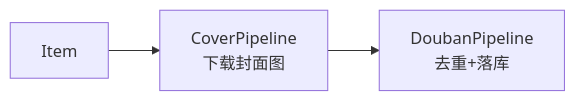
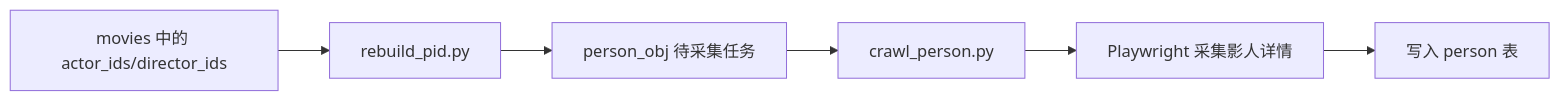
The second of 2 diagrams in documents/spiders_plan.md (yasin0324/douban-kg-system), drawn with Mermaid before and after one commit. The commit also changed other lines of this file and 15 other files, not shown here.

````diff
--- a/documents/spiders_plan.md
+++ b/documents/spiders_plan.md
@@ -269,5 +38,8 @@
 ```mermaid
 flowchart LR
-    A[Item] --> B[CoverPipeline<br/>下载封面图]
-    B --> C[DoubanPipeline<br/>去重+落库]
+    A[movies 中的 actor_ids/director_ids] --> B[rebuild_pid.py]
+    B --> C[person_obj 待采集任务]
+    C --> D[crawl_person.py]
+    D --> E[Playwright 采集影人详情]
+    E --> F[写入 person 表]
 ```
````
